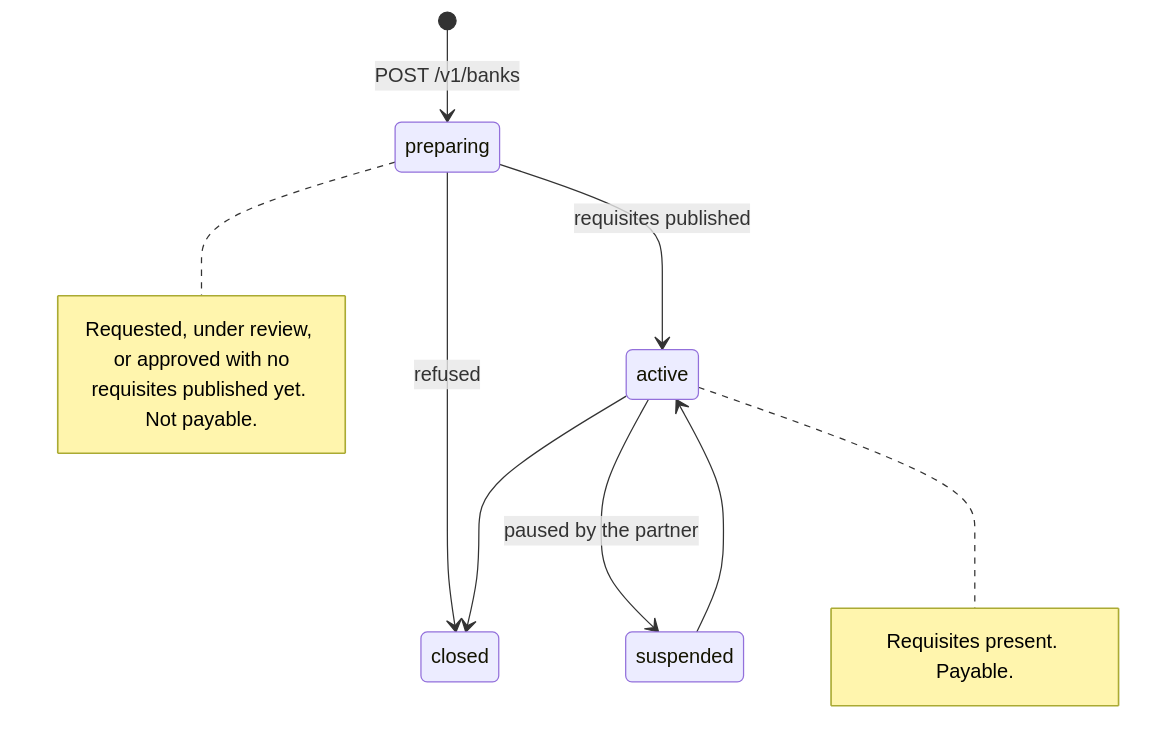
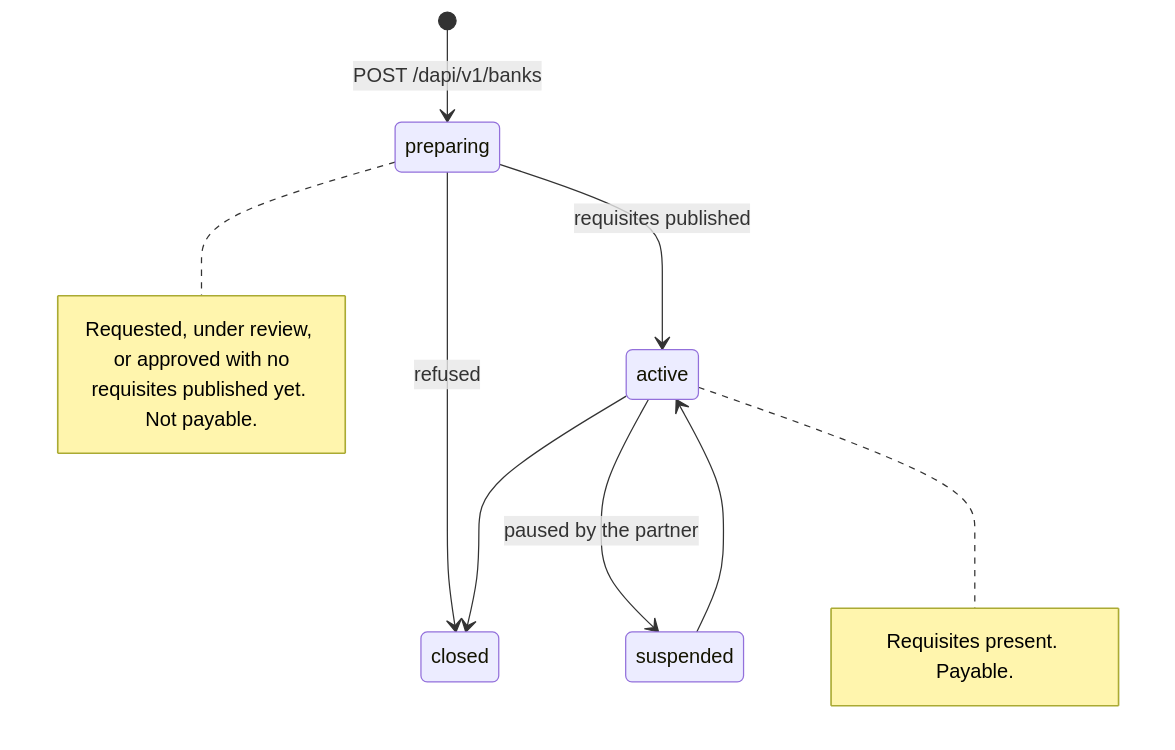
Before and after one commit to hevn-inc/docs: the diagram in whitelabel/bank-accounts.mdx, drawn with Mermaid. The commit also changed other lines of this file and 37 other files, not shown here.

````diff
--- a/whitelabel/bank-accounts.mdx
+++ b/whitelabel/bank-accounts.mdx
@@ -92,17 +92,17 @@
 ```mermaid
 stateDiagram-v2
-    [*] --> preparing: POST /v1/banks
+    [*] --> preparing: POST /dapi/v1/banks
     preparing --> active: requisites published
     preparing --> closed: refused
     active --> suspended: paused by the partner
     suspended --> active
     active --> closed
 
     note right of preparing
         Requested, under review, or approved with no
         requisites published yet. Not payable.
     end note
     note right of active
         Requisites present. Payable.
     end note
 ```
````
